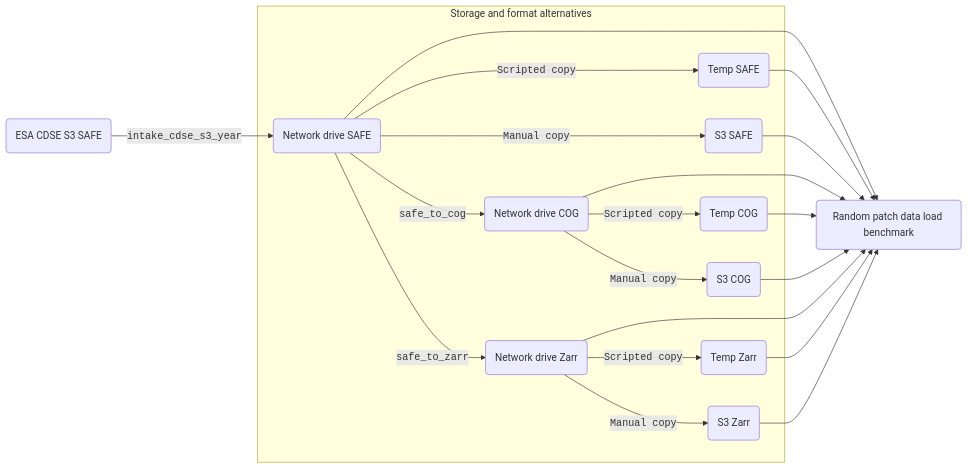
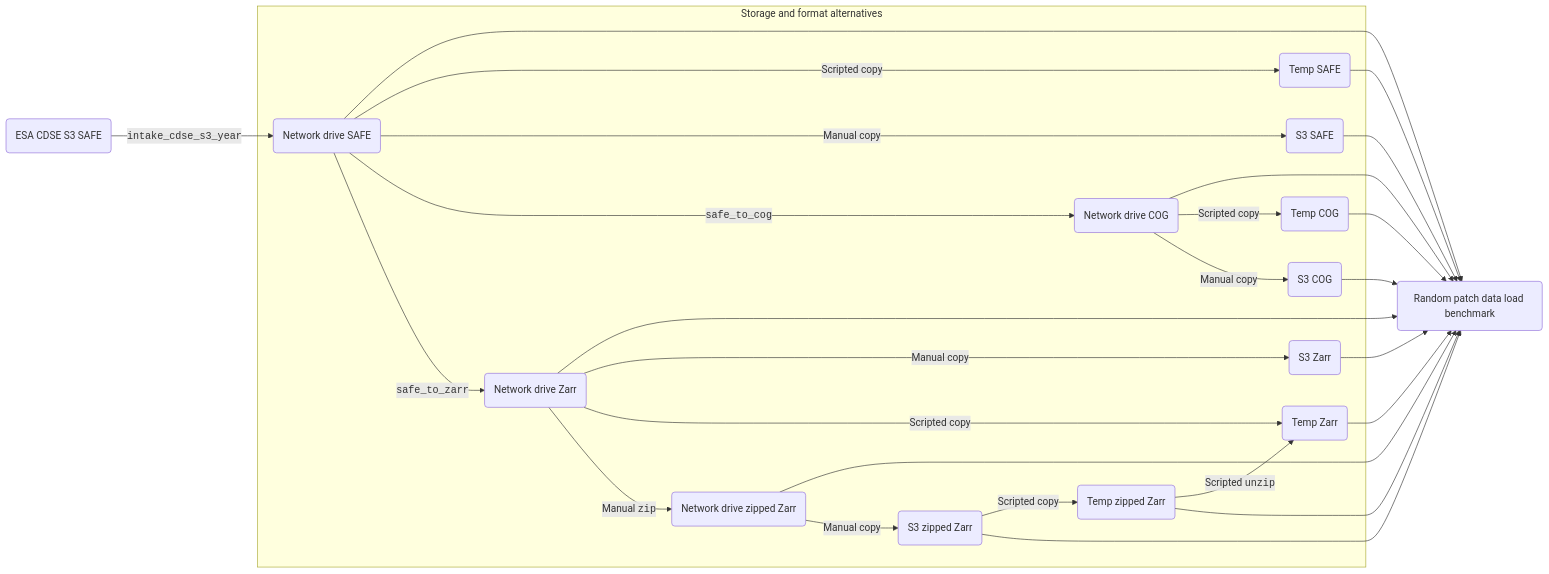
Before and after one commit to hamk-uas/datacube-storage-lab: the second of 5 diagrams in README.md, drawn with Mermaid. The commit also changed other lines of this file, not shown here.

Commit message:
Prep for zipped Zar

````diff
--- a/README.md
+++ b/README.md
@@ -165,32 +172,42 @@
 ```mermaid
 graph LR;
     A(ESA CDSE S3 SAFE)--<code>intake_cdse_s3_year</code>-->B(Network drive SAFE);
     B-->K(Random patch data load benchmark)
     C-->K
     D-->K
     E-->K
     F-->K
     G-->K
     H-->K
     I-->K
     J-->K
-    B--<code>Scripted copy</code>--->J(Temp SAFE);
-    B--<code>Manual copy</code>--->I(S3 SAFE);    
+    B--Scripted copy--->J(Temp SAFE);
+    B--Manual copy--->I(S3 SAFE);    
     B--<code>safe_to_cog</code>-->C(Network drive COG);
     B--<code>safe_to_zarr</code>-->D(Network drive Zarr);
-    C--<code>Scripted copy</code>-->E(Temp COG);
-    D--<code>Scripted copy</code>-->F(Temp Zarr);
-    C--<code>Manual copy</code>-->G(S3 COG);
-    D--<code>Manual copy</code>-->H(S3 Zarr);    
+    C--Scripted copy-->E(Temp COG);
+    C--Manual copy-->G(S3 COG);
+    D--Manual copy-->H(S3 Zarr);
+    D--Scripted copy-->F(Temp Zarr);
+    D--Manual <code>zip</code>-->L(Network drive zipped Zarr);
+    L-->K
+    L--Manual copy-->M(S3 zipped Zarr);
+    M--Scripted copy-->N(Temp zipped Zarr)
+    N--Scripted <code>unzip</code>-->F
+    M-->K
+    N-->K
     subgraph Storage and format alternatives
         B
         C
         D
         E
         F
         G
         H
         I
         J
+        L
+        M
+        N
     end
 ```
````
